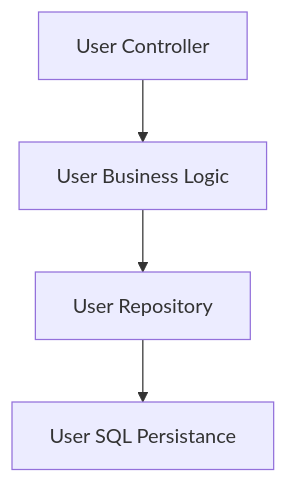
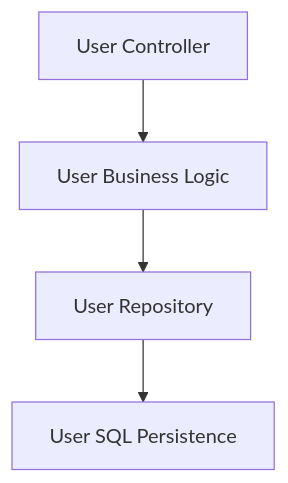
The diagram in _posts/blog/2017-09-24-code-churn.md (drinkbird/drinkbird.github.io), drawn with Mermaid before and after one commit. The commit also changed other lines of this file and 19 other files, not shown here.

```diff
--- a/_posts/blog/2017-09-24-code-churn.md
+++ b/_posts/blog/2017-09-24-code-churn.md
@@ -160,6 +160,6 @@
 <div class="mermaid">
 graph TD;
     uc[User Controller]-->ubl[User Business Logic];
     ubl-->urp[User Repository];
-    urp-->upsql[User SQL Persistance];
+    urp-->upsql[User SQL Persistence];
 </div>
```
